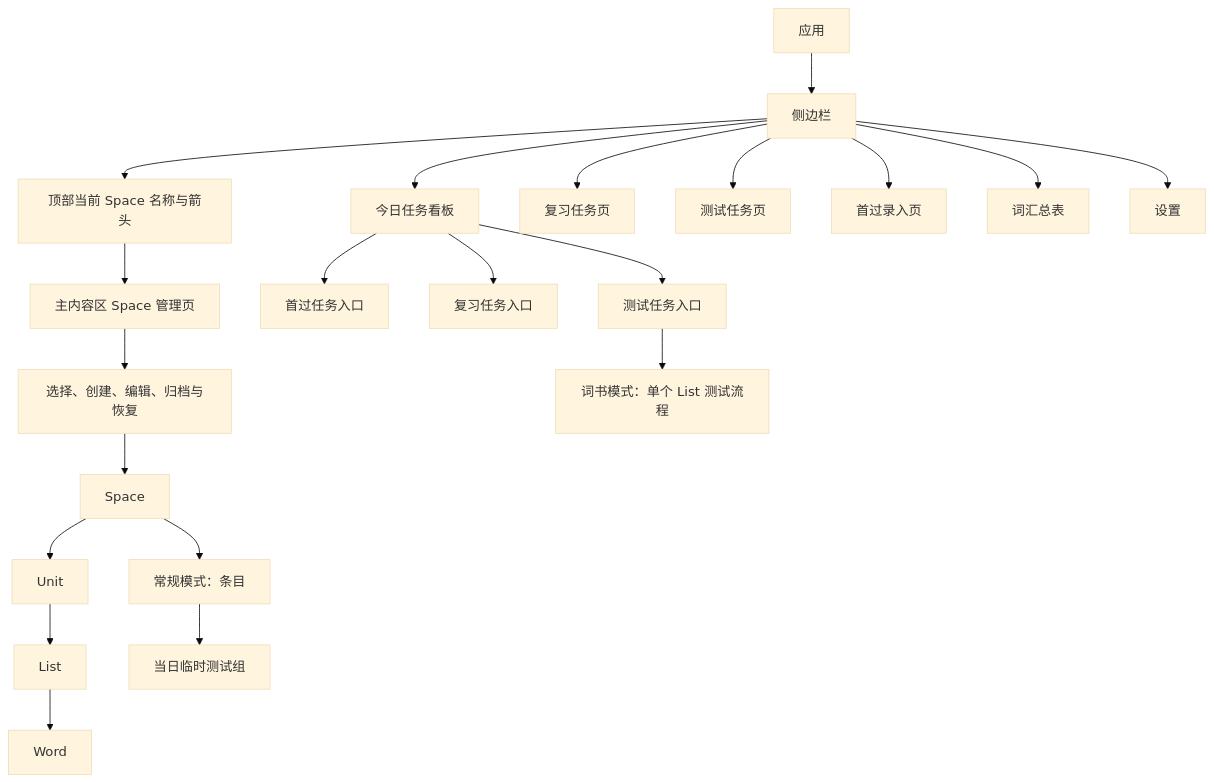
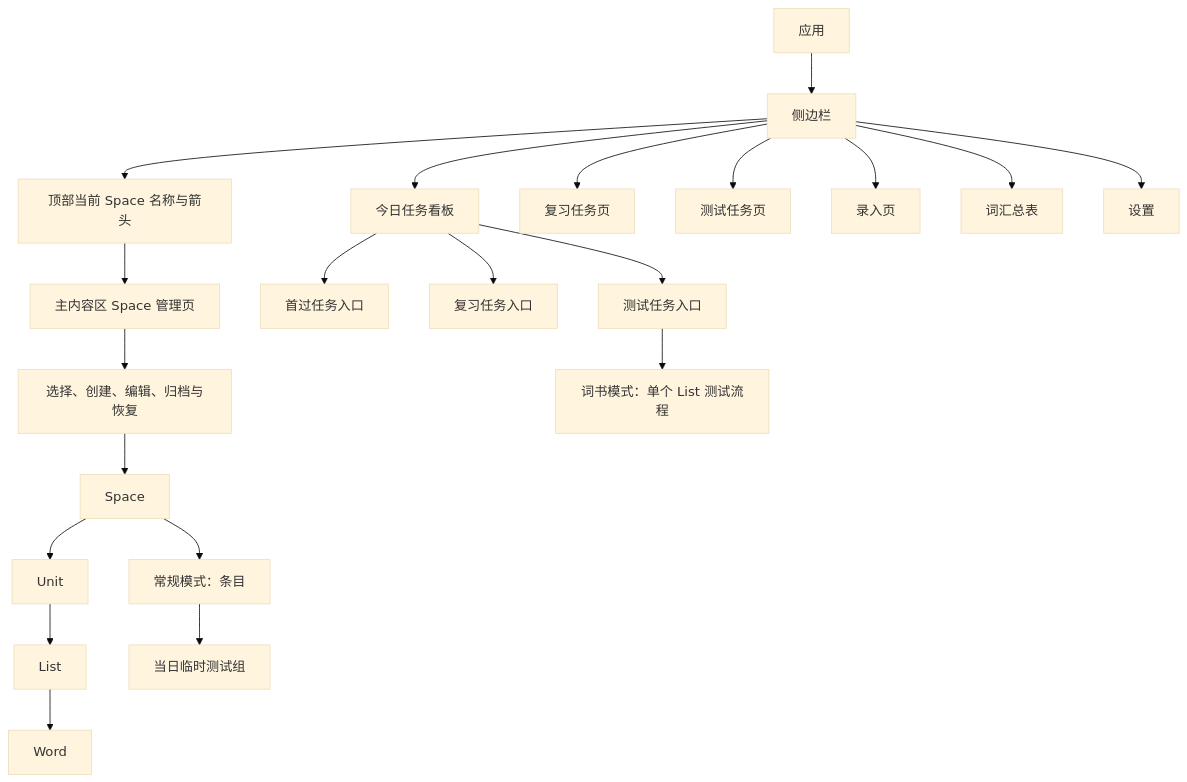
Before and after one commit to EdgarZhong/ebbinghaus-vocab: the diagram in docs/需求规格.md, drawn with Mermaid (base theme). The commit also changed 9 other files, not shown here.

````diff
--- a/docs/需求规格.md
+++ b/docs/需求规格.md
@@ -92,23 +92,23 @@
 ```mermaid
 flowchart TD
     A["应用"] --> B["侧边栏"]
     B --> C["顶部当前 Space 名称与箭头"]
     B --> D["今日任务看板"]
     B --> E["复习任务页"]
     B --> F["测试任务页"]
-    B --> G["首过录入页"]
+    B --> G["录入页"]
     B --> H["词汇总表"]
     B --> I["设置"]
     C --> J["主内容区 Space 管理页"]
     J --> K["选择、创建、编辑、归档与恢复"]
     D --> L["首过任务入口"]
     D --> M["复习任务入口"]
     D --> N["测试任务入口"]
     N --> O["词书模式：单个 List 测试流程"]
     K --> P["Space"]
     P --> Q["Unit"]
     Q --> R["List"]
     R --> S["Word"]
     P --> T["常规模式：条目"]
     T --> U["当日临时测试组"]
 ```
````
